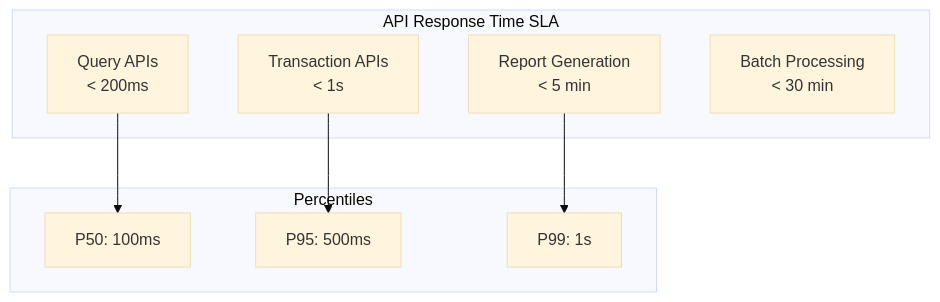
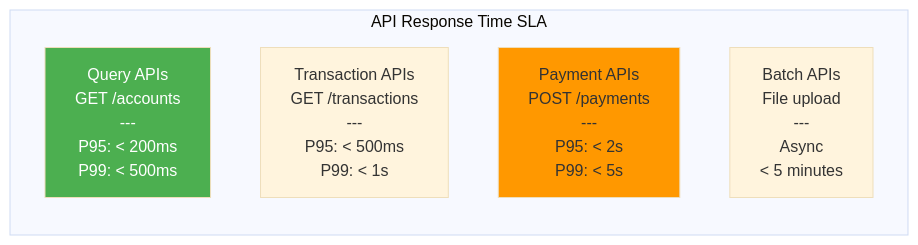
Before and after one commit to huuhoait/openbanking-vn-specs: the first of 18 diagrams in 10-Van-hanh-va-NFR.md, drawn with Mermaid (base theme). The commit also changed other lines of this file and 14 other files, not shown here.

````diff
--- a/10-Van-hanh-va-NFR.md
+++ b/10-Van-hanh-va-NFR.md
@@ -11,19 +30,15 @@
 ```mermaid
-graph TB
+graph LR
     subgraph "API Response Time SLA"
-        Query[Query APIs<br/>< 200ms]
-        Transaction[Transaction APIs<br/>< 1s]
-        Report[Report Generation<br/>< 5 min]
-        Batch[Batch Processing<br/>< 30 min]
+        Query[Query APIs<br/>GET /accounts<br/>---<br/>P95: < 200ms<br/>P99: < 500ms]
+        
+        Txn[Transaction APIs<br/>GET /transactions<br/>---<br/>P95: < 500ms<br/>P99: < 1s]
+        
+        Payment[Payment APIs<br/>POST /payments<br/>---<br/>P95: < 2s<br/>P99: < 5s]
+        
+        Batch[Batch APIs<br/>File upload<br/>---<br/>Async<br/>< 5 minutes]
     end
     
-    subgraph "Percentiles"
-        P50[P50: 100ms]
-        P95[P95: 500ms]
-        P99[P99: 1s]
-    end
-    
-    Query --> P50
-    Transaction --> P95
-    Report --> P99
+    style Query fill:#4caf50,color:#fff
+    style Payment fill:#ff9800
 ```
````
